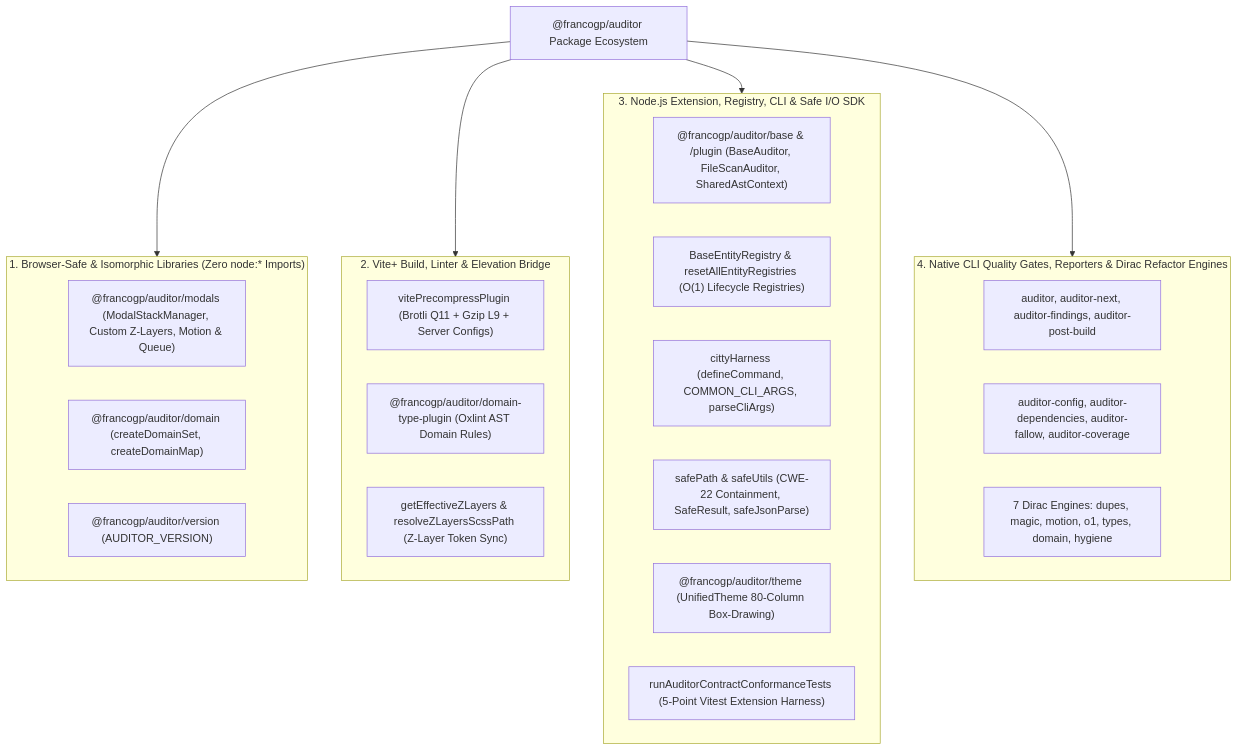
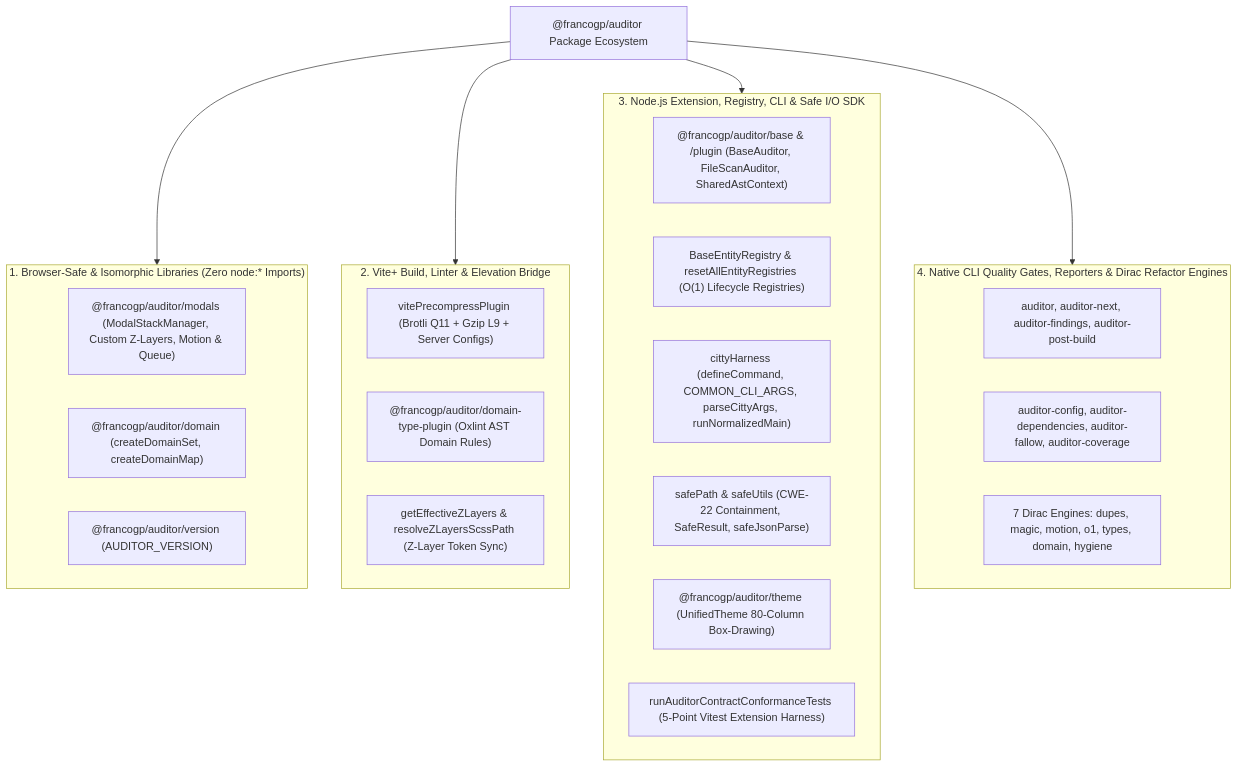
Before and after one commit to francogp/auditor: the first of 2 diagrams in .agents/skills/auditor/references/provided-libraries-and-tools-guide.md, drawn with Mermaid. The commit also changed other lines of this file and 101 other files, not shown here.

First line of the commit message:
fix: modernize owned agent skills, DOX hierarchy, and CLI execution flows (v10.12.5)

````diff
--- a/.agents/skills/auditor/references/provided-libraries-and-tools-guide.md
+++ b/.agents/skills/auditor/references/provided-libraries-and-tools-guide.md
@@ -12,36 +12,36 @@
 ```mermaid
 flowchart TD
     PKG["@francogp/auditor Package Ecosystem"]
 
     subgraph BROWSER["1. Browser-Safe & Isomorphic Libraries (Zero node:* Imports)"]
         MOD["@francogp/auditor/modals (ModalStackManager, Custom Z-Layers, Motion & Queue)"]
         DOM["@francogp/auditor/domain (createDomainSet, createDomainMap)"]
         VER["@francogp/auditor/version (AUDITOR_VERSION)"]
     end
 
     subgraph BUILD["2. Vite+ Build, Linter & Elevation Bridge"]
         PRE["vitePrecompressPlugin (Brotli Q11 + Gzip L9 + Server Configs)"]
         OXL["@francogp/auditor/domain-type-plugin (Oxlint AST Domain Rules)"]
         ZLY["getEffectiveZLayers & resolveZLayersScssPath (Z-Layer Token Sync)"]
     end
 
     subgraph NODE_SDK["3. Node.js Extension, Registry, CLI & Safe I/O SDK"]
         EXT["@francogp/auditor/base & /plugin (BaseAuditor, FileScanAuditor, SharedAstContext)"]
         REG["BaseEntityRegistry & resetAllEntityRegistries (O(1) Lifecycle Registries)"]
-        CIT["cittyHarness (defineCommand, COMMON_CLI_ARGS, parseCliArgs)"]
+        CIT["cittyHarness (defineCommand, COMMON_CLI_ARGS, parseCittyArgs, runNormalizedMain)"]
         SAF["safePath & safeUtils (CWE-22 Containment, SafeResult, safeJsonParse)"]
         THM["@francogp/auditor/theme (UnifiedTheme 80-Column Box-Drawing)"]
         TST["runAuditorContractConformanceTests (5-Point Vitest Extension Harness)"]
     end
 
     subgraph CLI["4. Native CLI Quality Gates, Reporters & Dirac Refactor Engines"]
         GAT["auditor, auditor-next, auditor-findings, auditor-post-build"]
         ADV["auditor-config, auditor-dependencies, auditor-fallow, auditor-coverage"]
         REF["7 Dirac Engines: dupes, magic, motion, o1, types, domain, hygiene"]
     end
 
     PKG --> BROWSER
     PKG --> BUILD
     PKG --> NODE_SDK
     PKG --> CLI
 ```
````
